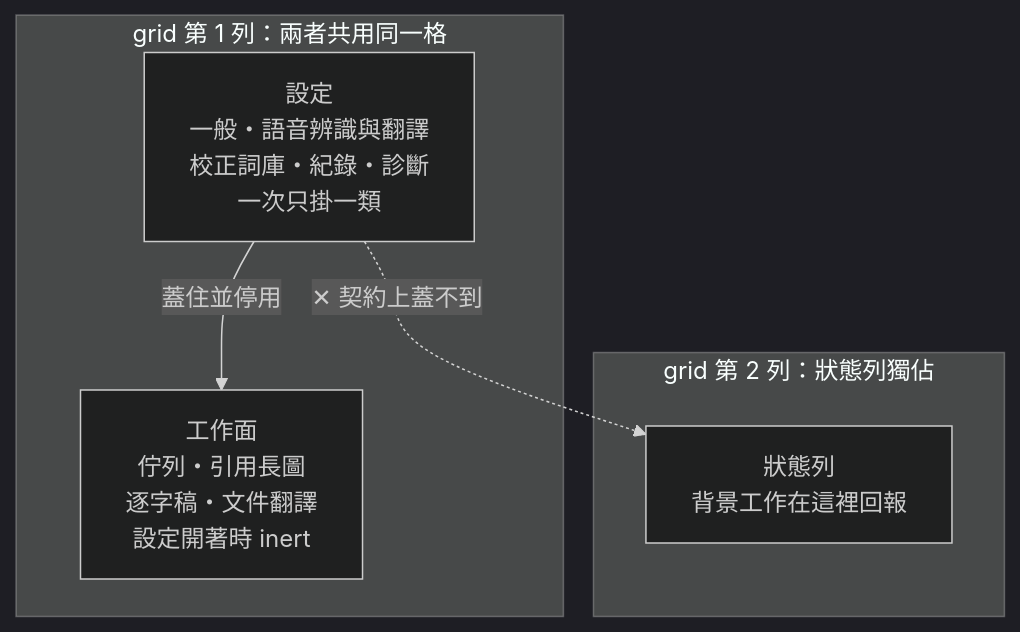
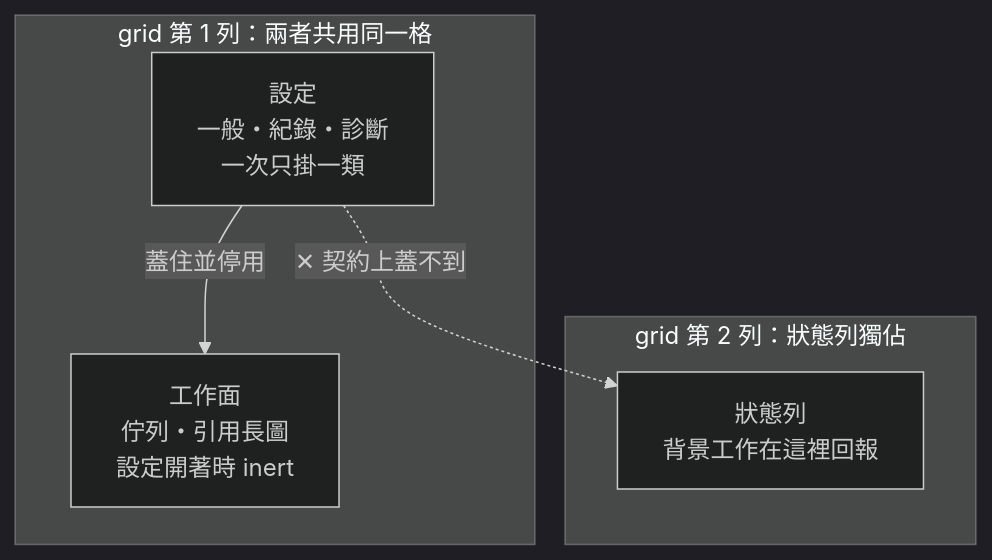
One commit to WizerdBaChe/media-fetch-pipeline changed the second of 3 diagrams in README.md. Above: the diagram before and after it, drawn with Mermaid (dark theme). The commit also changed other lines of this file and 116 other files, not shown here.

````diff
--- a/README.md
+++ b/README.md
@@ -253,13 +195,13 @@
 ```mermaid
 flowchart TB
   subgraph r1["grid 第 1 列：兩者共用同一格"]
-    overlay["設定<br/>一般・語音辨識與翻譯<br/>校正詞庫・紀錄・診斷<br/>一次只掛一類"]
-    surface["工作面<br/>佇列・引用長圖<br/>逐字稿・文件翻譯<br/>設定開著時 inert"]
+    overlay["設定<br/>一般・紀錄・診斷<br/>一次只掛一類"]
+    surface["工作面<br/>佇列・引用長圖<br/>設定開著時 inert"]
   end
   subgraph r2["grid 第 2 列：狀態列獨佔"]
     status["狀態列<br/>背景工作在這裡回報"]
   end
 
   overlay -->|"蓋住並停用"| surface
   overlay -.->|"✕ 契約上蓋不到"| status
 ```
````
